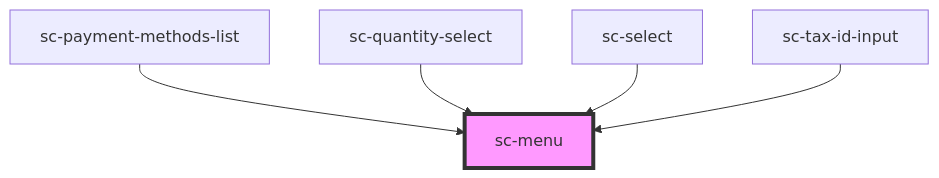
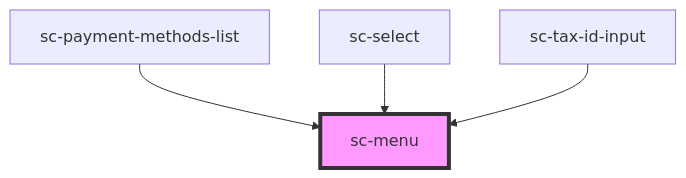
One commit to surecart/surecart-wp-plugin changed the diagram in packages/components/src/components/ui/menu/readme.md. Above: the diagram before and after it, drawn with Mermaid. The commit also changed other lines of this file and 88 other files, not shown here.

````diff
--- a/packages/components/src/components/ui/menu/readme.md
+++ b/packages/components/src/components/ui/menu/readme.md
@@ -30,8 +29,7 @@
 ```mermaid
 graph TD;
   sc-payment-methods-list --> sc-menu
-  sc-quantity-select --> sc-menu
   sc-select --> sc-menu
   sc-tax-id-input --> sc-menu
   style sc-menu fill:#f9f,stroke:#333,stroke-width:4px
 ```
````
